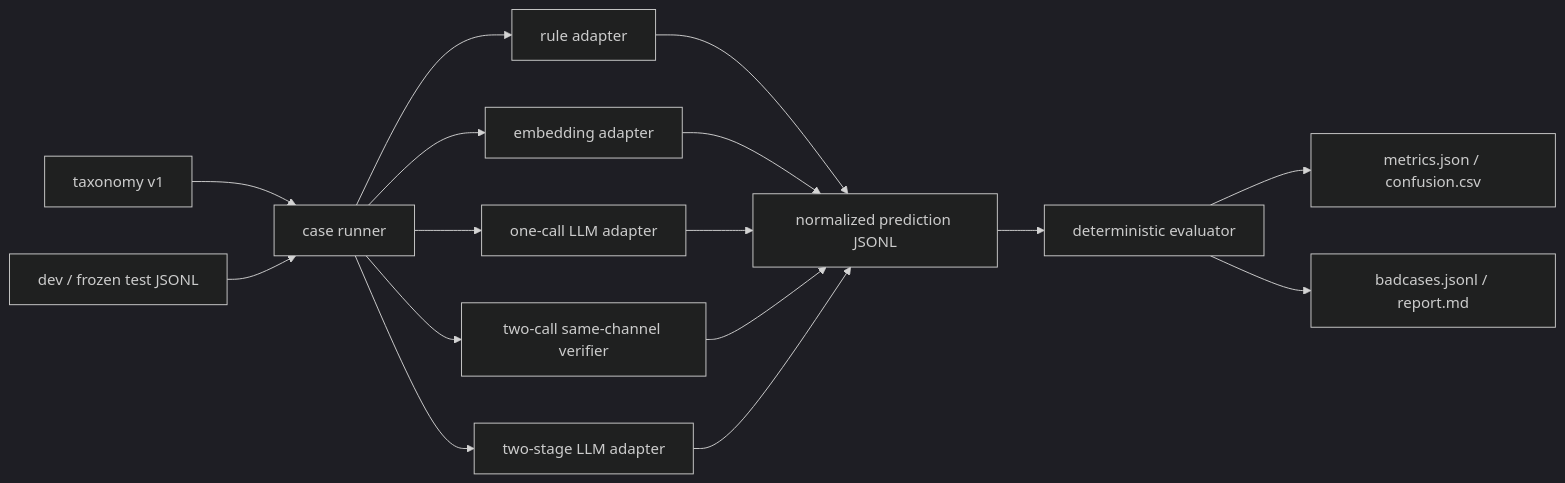
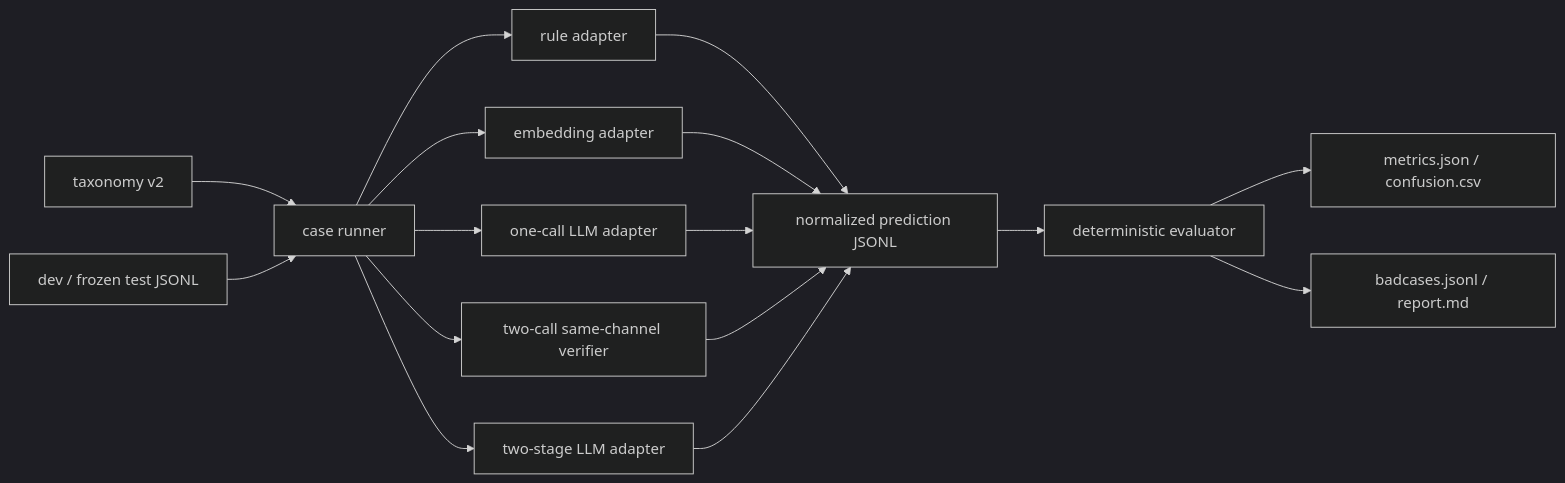
One commit to skedup/kindred-intent-bench changed the first of 2 diagrams in docs/design.md. Above: the diagram before and after it, drawn with Mermaid (dark theme). The commit also changed other lines of this file and 56 other files, not shown here.

````diff
--- a/docs/design.md
+++ b/docs/design.md
@@ -678,18 +682,18 @@
 ```mermaid
 flowchart LR
-    T["taxonomy v1"] --> R["case runner"]
+    T["taxonomy v2"] --> R["case runner"]
     D["dev / frozen test JSONL"] --> R
     R --> B0["rule adapter"]
     R --> B1["embedding adapter"]
     R --> B2A["one-call LLM adapter"]
     R --> B2B["two-call same-channel verifier"]
     R --> B3["two-stage LLM adapter"]
     B0 --> N["normalized prediction JSONL"]
     B1 --> N
     B2A --> N
     B2B --> N
     B3 --> N
     N --> E["deterministic evaluator"]
     E --> M["metrics.json / confusion.csv"]
     E --> P["badcases.jsonl / report.md"]
 ```
````
